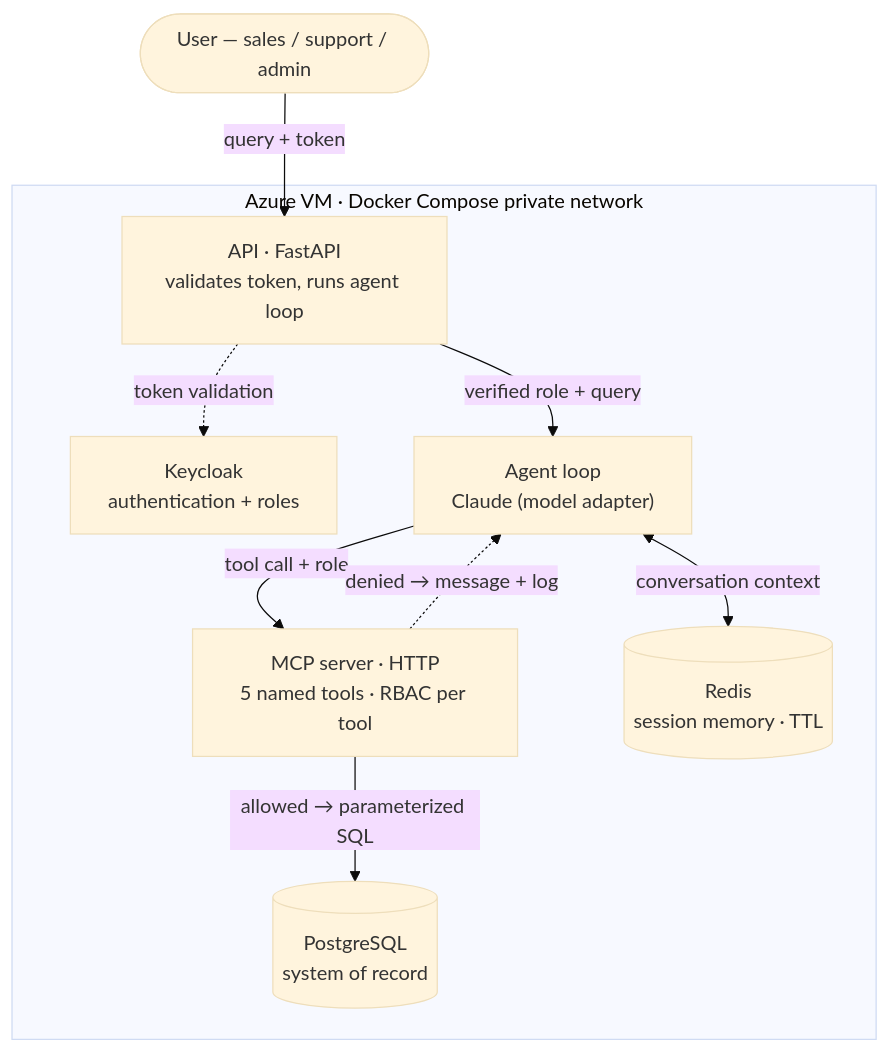
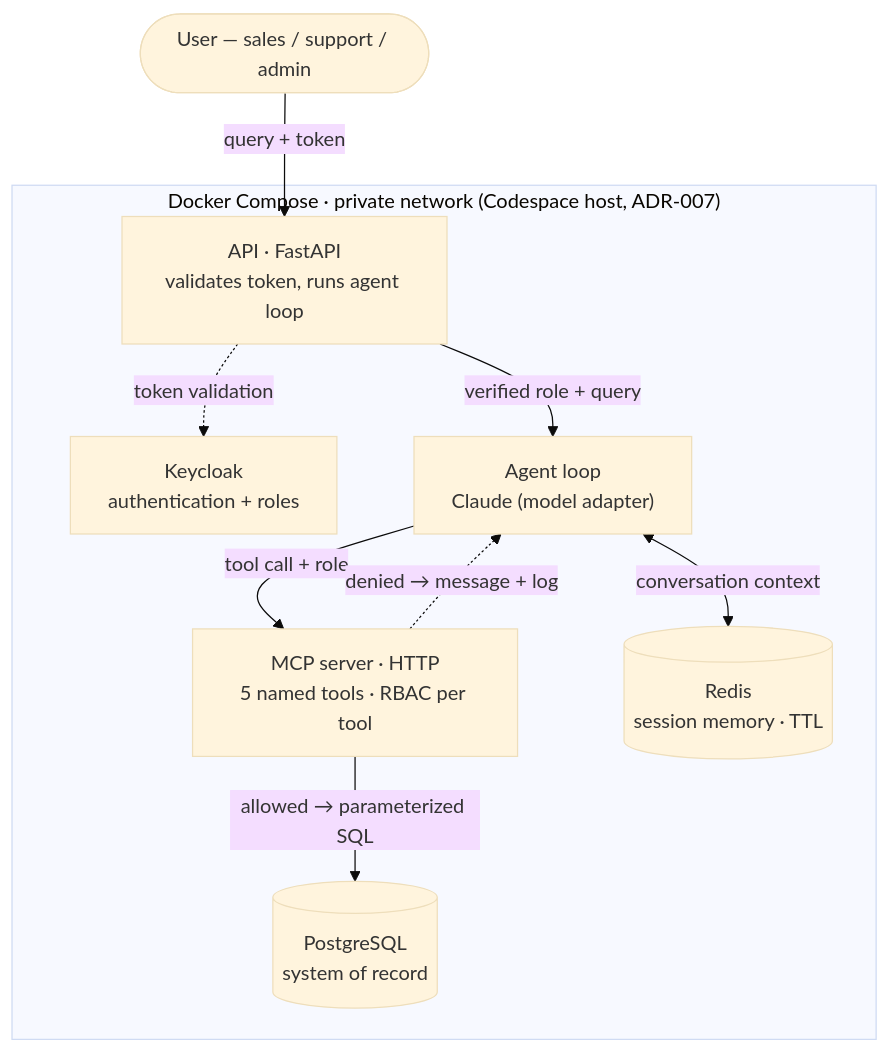
Before and after one commit to BenjaminIkpe/Vantage: the diagram in Vantage-vault/04-Architecture.md, drawn with Mermaid (base theme). The commit also changed other lines of this file and 2 other files, not shown here.

First line of the commit message:
docs(vault audit): refresh stale design refs after Azure→Codespaces pivot + add Skills

````diff
--- a/Vantage-vault/04-Architecture.md
+++ b/Vantage-vault/04-Architecture.md
@@ -66,21 +74,21 @@
 ```mermaid
 flowchart TD
     User(["User — sales / support / admin"])
 
-    subgraph VM["Azure VM · Docker Compose private network"]
+    subgraph Stack["Docker Compose · private network (Codespace host, ADR-007)"]
         API["API · FastAPI<br/>validates token, runs agent loop"]
         KC["Keycloak<br/>authentication + roles"]
         Loop["Agent loop<br/>Claude (model adapter)"]
         MCP["MCP server · HTTP<br/>5 named tools · RBAC per tool"]
         Redis[("Redis<br/>session memory · TTL")]
         PG[("PostgreSQL<br/>system of record")]
     end
 
     User -->|"query + token"| API
     API -.->|"token validation"| KC
     API -->|"verified role + query"| Loop
     Loop <-->|"conversation context"| Redis
     Loop -->|"tool call + role"| MCP
     MCP -->|"allowed → parameterized SQL"| PG
     MCP -.->|"denied → message + log"| Loop
 ```
````
